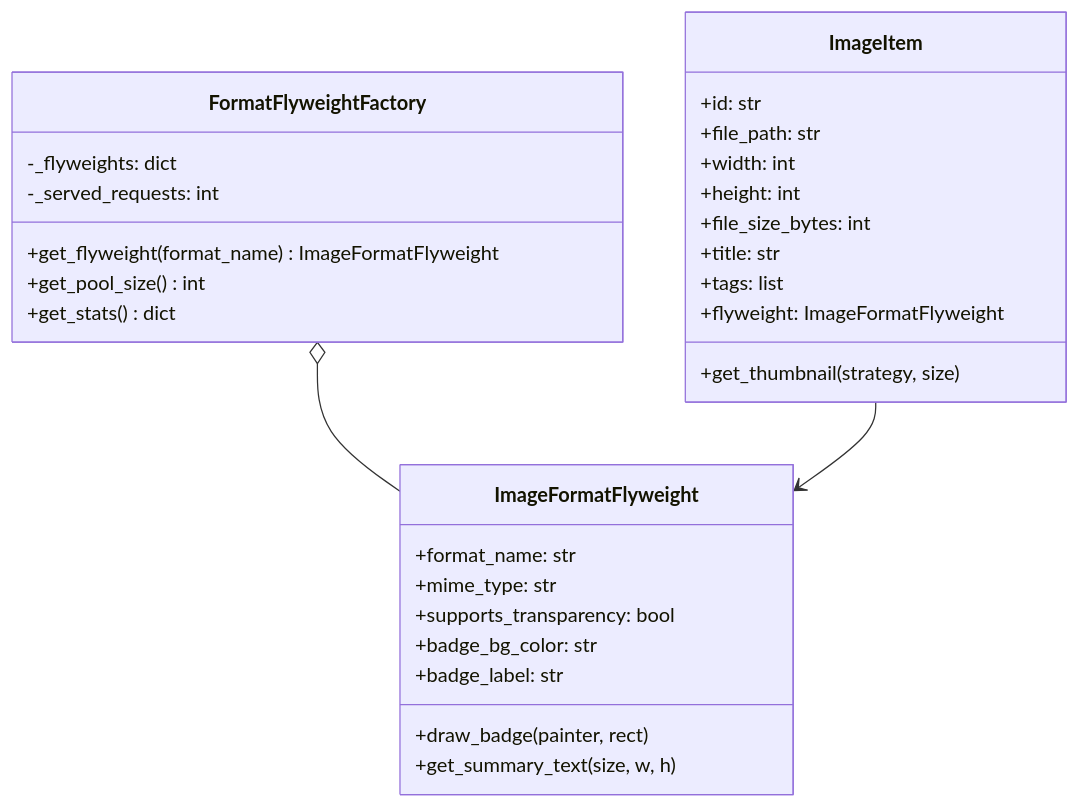
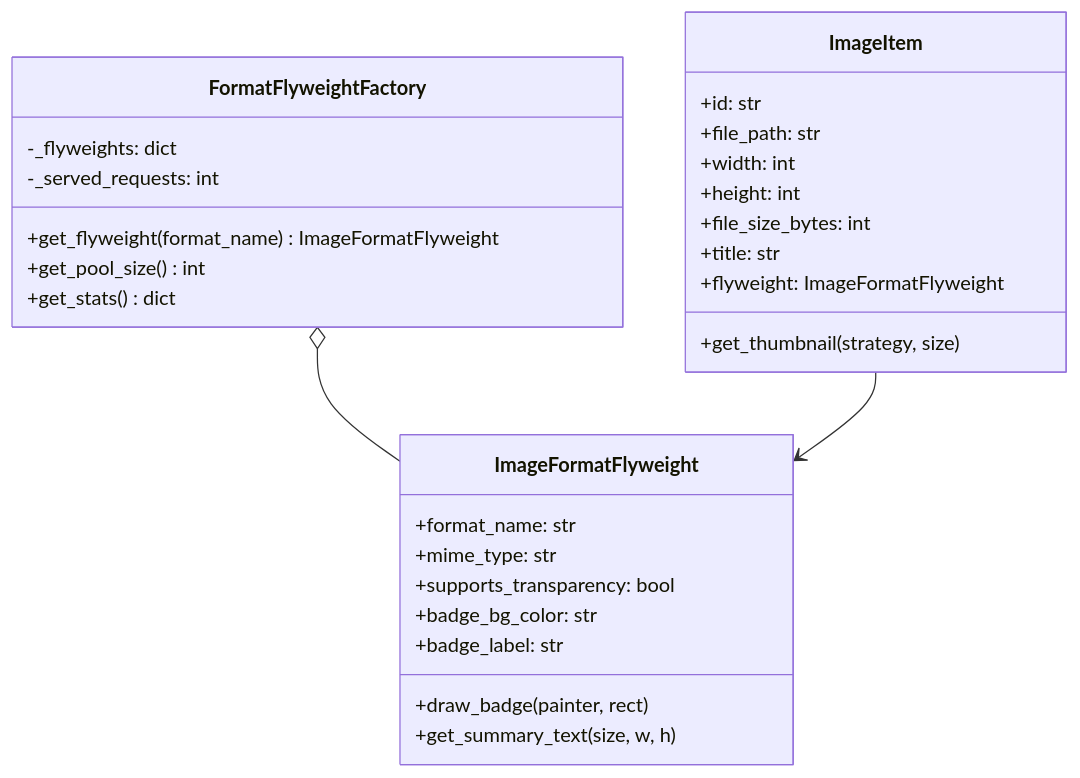
One commit to gustavosilverio/organizador-imagens changed the second of 4 diagrams in README.md. Above: the diagram before and after it, drawn with Mermaid. The commit also changed other lines of this file and 13 other files, not shown here.

````diff
--- a/README.md
+++ b/README.md
@@ -77,35 +76,34 @@
 ```mermaid
 classDiagram
     class ImageFormatFlyweight {
         +format_name: str
         +mime_type: str
         +supports_transparency: bool
         +badge_bg_color: str
         +badge_label: str
         +draw_badge(painter, rect)
         +get_summary_text(size, w, h)
     }
 
     class FormatFlyweightFactory {
         -_flyweights: dict
         -_served_requests: int
         +get_flyweight(format_name) ImageFormatFlyweight
         +get_pool_size() int
         +get_stats() dict
     }
 
     class ImageItem {
         +id: str
         +file_path: str
         +width: int
         +height: int
         +file_size_bytes: int
         +title: str
-        +tags: list
         +flyweight: ImageFormatFlyweight
         +get_thumbnail(strategy, size)
     }
 
     FormatFlyweightFactory o-- ImageFormatFlyweight
     ImageItem --> ImageFormatFlyweight
 ```
````
